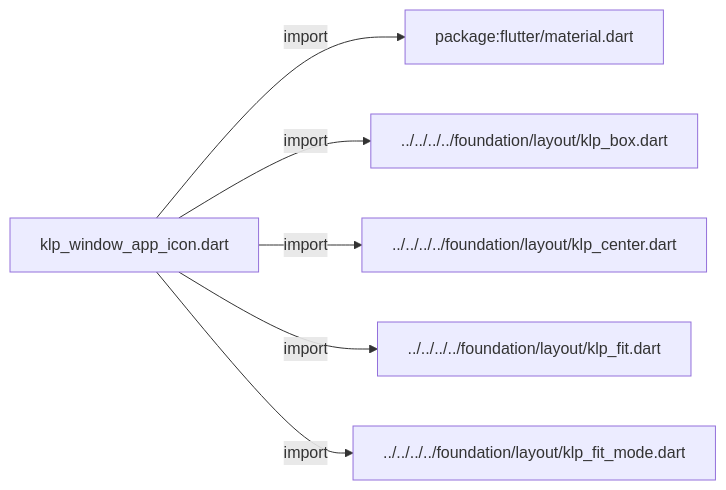
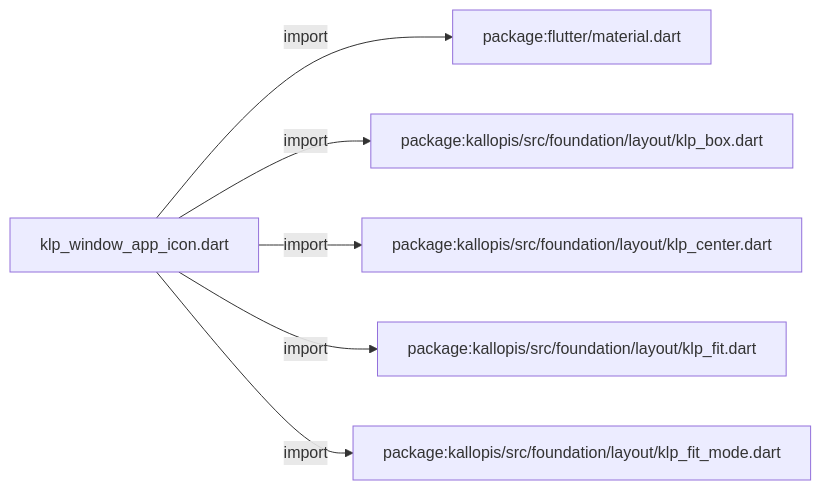
The first of 3 diagrams in docs/architecture/src/features/workspace/shell/window/klp_window_app_icon.md (MiuDog/Kallopis), drawn with Mermaid before and after one commit. The commit also changed other lines of this file and 9688 other files, not shown here.

Commit message:
Prepare isolated Flow F2 peer baseline

````diff
--- a/docs/architecture/src/features/workspace/shell/window/klp_window_app_icon.md
+++ b/docs/architecture/src/features/workspace/shell/window/klp_window_app_icon.md
@@ -11,14 +11,14 @@
 ```mermaid
 flowchart LR
 	n0["klp_window_app_icon.dart"]
 	n1["package:flutter/material.dart"]
-	n2["../../../../foundation/layout/klp_box.dart"]
-	n3["../../../../foundation/layout/klp_center.dart"]
-	n4["../../../../foundation/layout/klp_fit.dart"]
-	n5["../../../../foundation/layout/klp_fit_mode.dart"]
+	n2["package:kallopis/src/foundation/layout/klp_box.dart"]
+	n3["package:kallopis/src/foundation/layout/klp_center.dart"]
+	n4["package:kallopis/src/foundation/layout/klp_fit.dart"]
+	n5["package:kallopis/src/foundation/layout/klp_fit_mode.dart"]
 	n0 -->|"import"| n1
 	n0 -->|"import"| n2
 	n0 -->|"import"| n3
 	n0 -->|"import"| n4
 	n0 -->|"import"| n5
 ```
````
